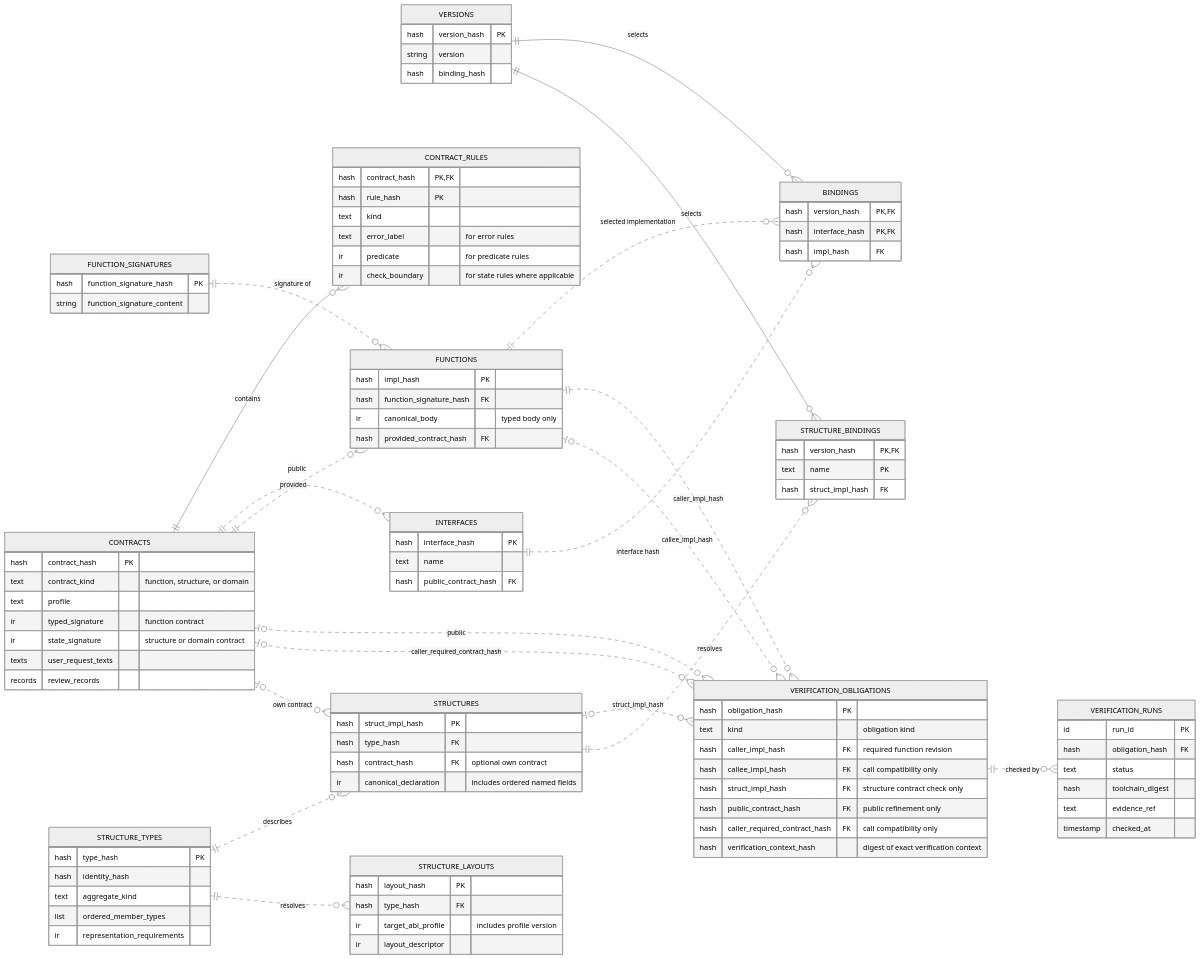
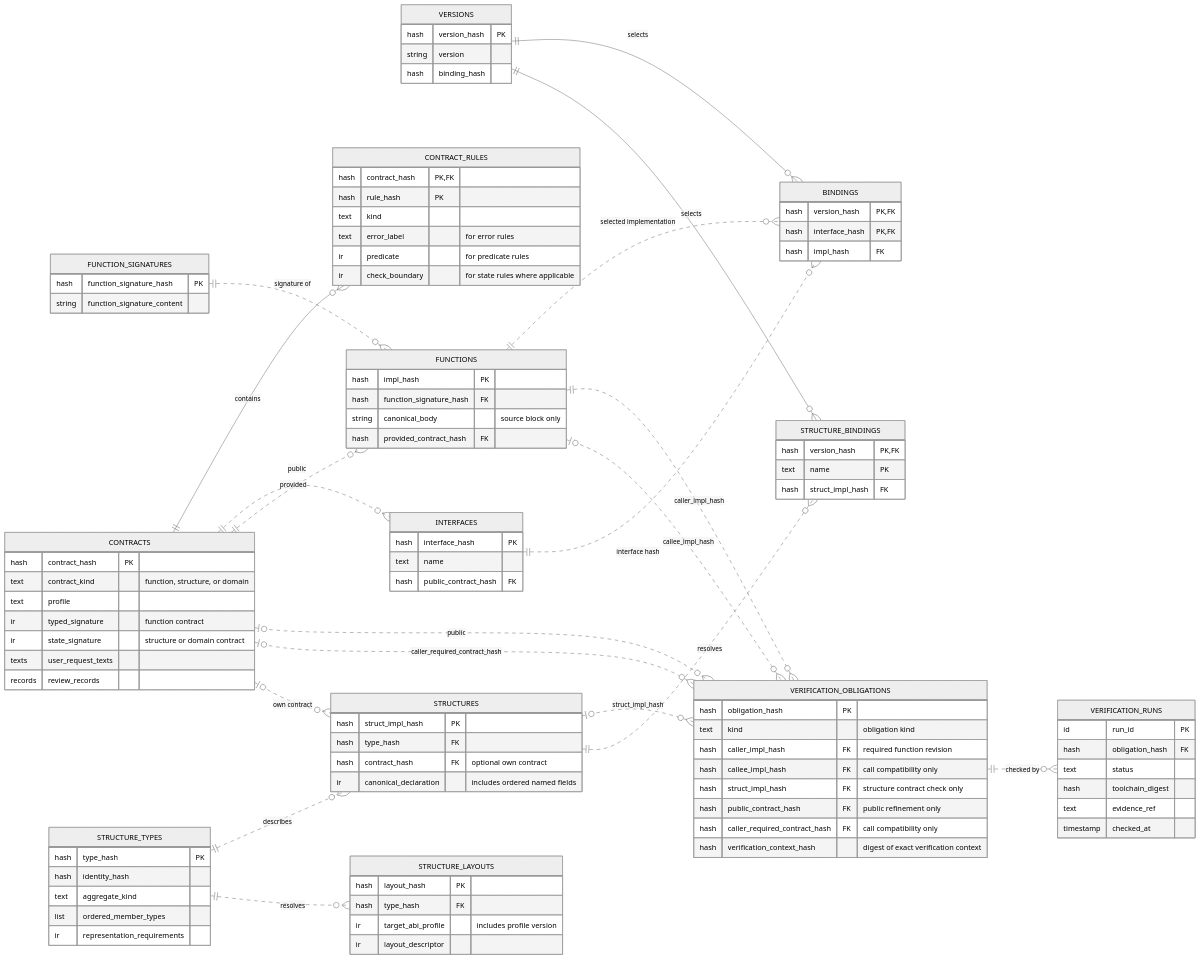
One commit to aivibeflow/LLMLang changed the third of 3 diagrams in draft/RFC.md. Above: the diagram before and after it, drawn with Mermaid (neutral theme). The commit also changed other lines of this file and 157 other files, not shown here.

Commit message:
Store canonical function bodies as source strings (#723)

```diff
--- a/draft/RFC.md
+++ b/draft/RFC.md
@@ -100,7 +100,7 @@
     FUNCTIONS {
         hash impl_hash PK
         hash function_signature_hash FK
-        ir canonical_body "typed body only"
+        string canonical_body "source block only"
         hash provided_contract_hash FK
     }
     FUNCTION_SIGNATURES {
```
